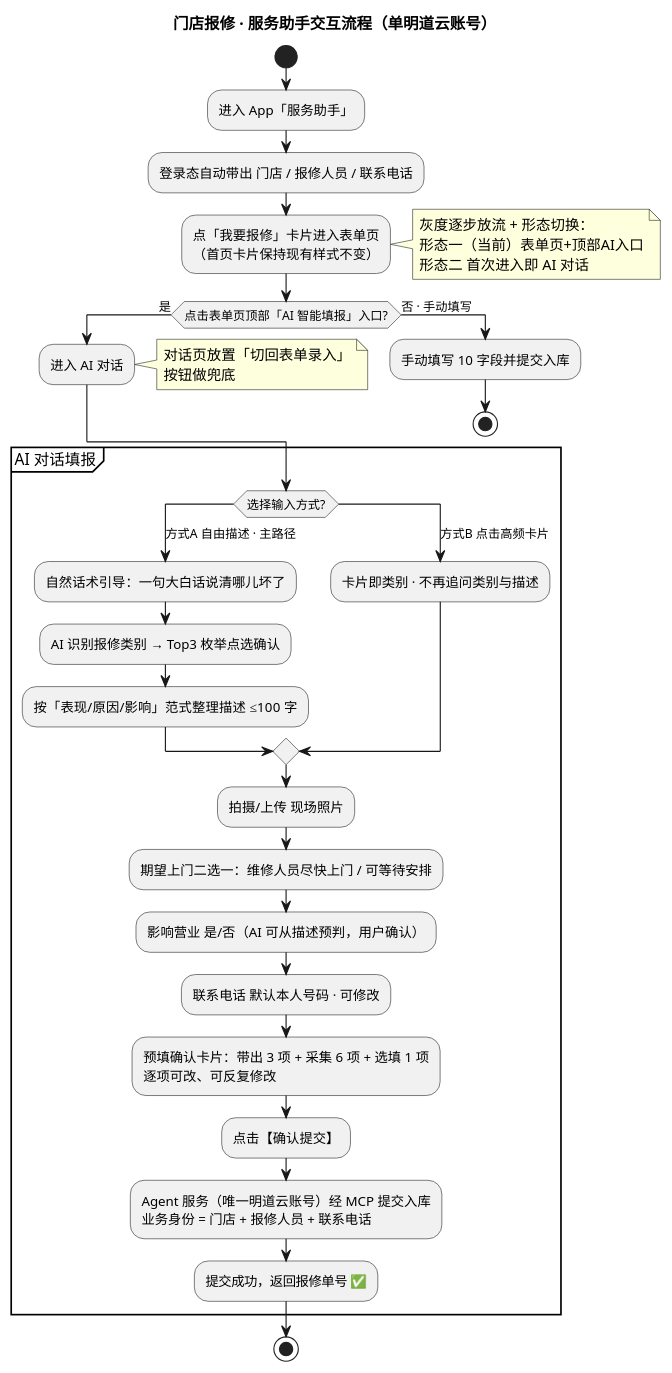
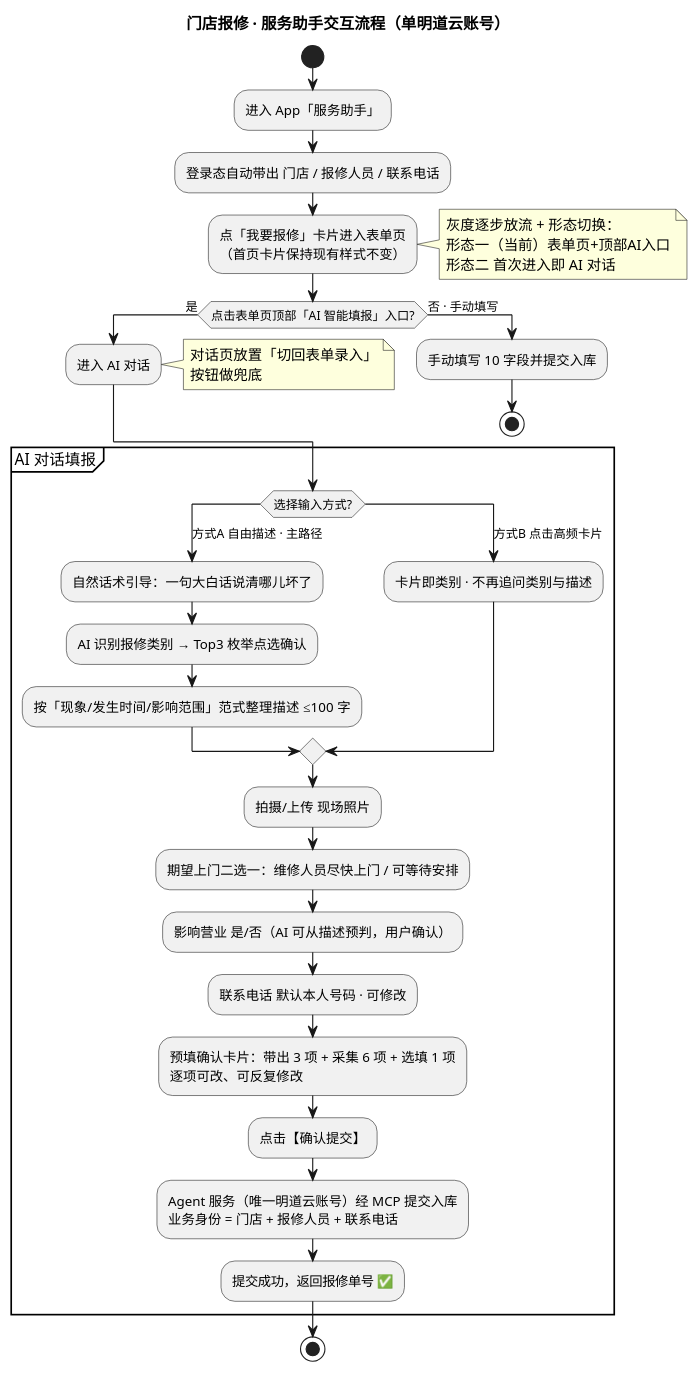
One commit to bai876939716/my_doc changed the diagram in src/main/hotmaxx/需求点/输入优化/prd/final4/产品交互流程图.puml. Above: the diagram before and after it, drawn with PlantUML. The commit also changed 4 other files, not shown here.

```diff
--- a/src/main/hotmaxx/需求点/输入优化/prd/final4/产品交互流程图.puml
+++ b/src/main/hotmaxx/需求点/输入优化/prd/final4/产品交互流程图.puml
@@ -1,47 +1,47 @@
 @startuml 产品交互流程图
 title 门店报修 · 服务助手交互流程（单明道云账号）
 
 start
 :进入 App「服务助手」;
 :登录态自动带出 门店 / 报修人员 / 联系电话;
 :点「我要报修」卡片进入表单页
 （首页卡片保持现有样式不变）;
 note right
   灰度逐步放流 + 形态切换：
   形态一（当前）表单页+顶部AI入口
   形态二 首次进入即 AI 对话
 end note
 
 if (点击表单页顶部「AI 智能填报」入口?) then (是)
   :进入 AI 对话;
   note right
     对话页放置「切回表单录入」
     按钮做兜底
   end note
 else (否 · 手动填写)
   :手动填写 10 字段并提交入库;
   stop
 endif
 
 partition "AI 对话填报" {
   switch (选择输入方式?)
   case (方式A 自由描述 · 主路径)
     :自然话术引导：一句大白话说清哪儿坏了;
     :AI 识别报修类别 → Top3 枚举点选确认;
-    :按「表现/原因/影响」范式整理描述 ≤100 字;
+    :按「现象/发生时间/影响范围」范式整理描述 ≤100 字;
   case (方式B 点击高频卡片)
     :卡片即类别 · 不再追问类别与描述;
   endswitch
   :拍摄/上传 现场照片;
   :期望上门二选一：维修人员尽快上门 / 可等待安排;
   :影响营业 是/否（AI 可从描述预判，用户确认）;
   :联系电话 默认本人号码 · 可修改;
   :预填确认卡片：带出 3 项 + 采集 6 项 + 选填 1 项
   逐项可改、可反复修改;
   :点击【确认提交】;
   :Agent 服务（唯一明道云账号）经 MCP 提交入库
   业务身份 = 门店 + 报修人员 + 联系电话;
   :提交成功，返回报修单号 ✅;
 }
 stop
 @enduml
```
